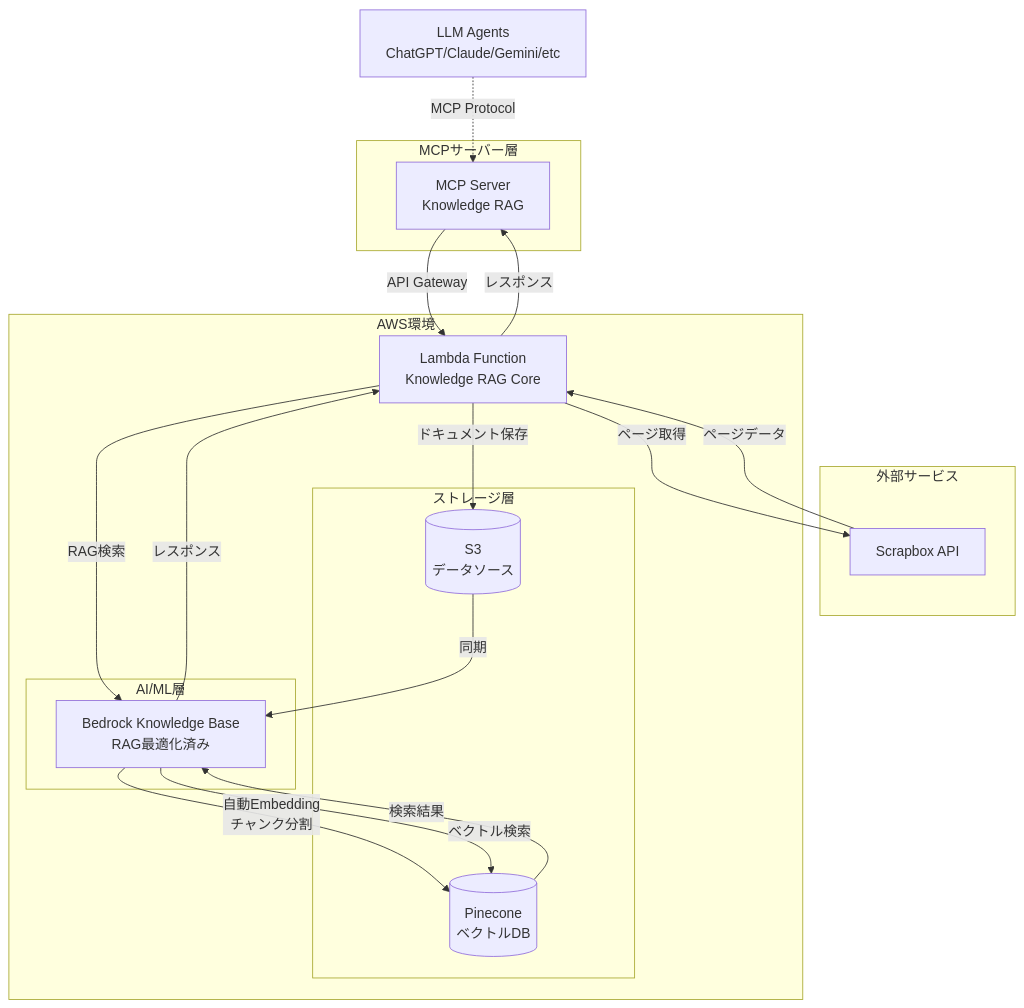
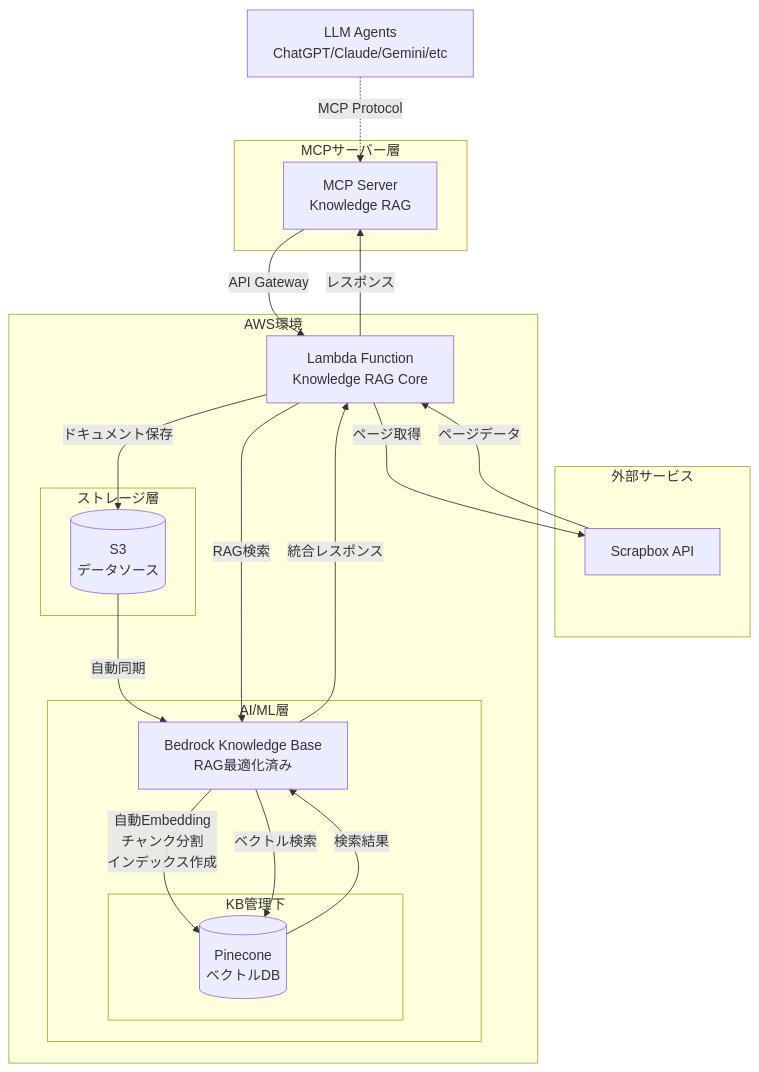
Before and after one commit to KJR020/lambda-knowledge-rag: the first of 6 diagrams in docs/DESIGN.md, drawn with Mermaid. The commit also changed other lines of this file, not shown here.

````diff
--- a/docs/DESIGN.md
+++ b/docs/DESIGN.md
@@ -21,45 +41,47 @@
 ```mermaid
 graph TB
     LLM[LLM Agents<br/>ChatGPT/Claude/Gemini/etc]
     
     subgraph MCP["MCPサーバー層"]
         MCPSERVER[MCP Server<br/>Knowledge RAG]
     end
     
     subgraph External["外部サービス"]
         SCRAPBOX[Scrapbox API]
     end
     
     subgraph AWS["AWS環境"]
         LAMBDA[Lambda Function<br/>Knowledge RAG Core]
         
         subgraph Storage["ストレージ層"]
             S3[(S3<br/>データソース)]
-            PINECONE[(Pinecone<br/>ベクトルDB)]
         end
         
         subgraph AI["AI/ML層"]
             KB[Bedrock Knowledge Base<br/>RAG最適化済み]
+            subgraph "KB管理下"
+                PINECONE[(Pinecone<br/>ベクトルDB)]
+            end
         end
     end
     
     %% MCPプロトコル接続
     LLM -.->|MCP Protocol| MCPSERVER
     
     %% データフロー（ETL処理）
     MCPSERVER -->|API Gateway| LAMBDA
     LAMBDA -->|ページ取得| SCRAPBOX
     SCRAPBOX -->|ページデータ| LAMBDA
     LAMBDA -->|ドキュメント保存| S3
     
-    %% Knowledge Base処理
-    S3 -->|同期| KB
-    KB -->|自動Embedding<br/>チャンク分割| PINECONE
+    %% Knowledge Base自動処理
+    S3 -->|自動同期| KB
+    KB -->|自動Embedding<br/>チャンク分割<br/>インデックス作成| PINECONE
     
     %% 検索処理
     LAMBDA -->|RAG検索| KB
     KB -->|ベクトル検索| PINECONE
     PINECONE -->|検索結果| KB
-    KB -->|レスポンス| LAMBDA
+    KB -->|統合レスポンス| LAMBDA
     LAMBDA -->|レスポンス| MCPSERVER
 ```
````
